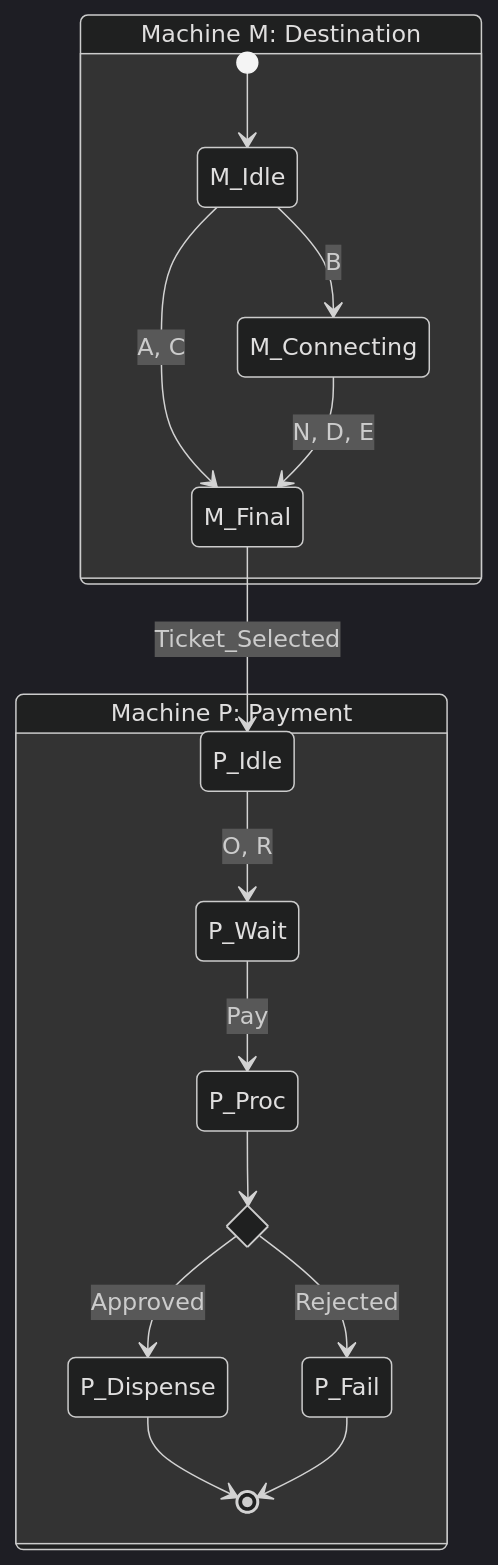
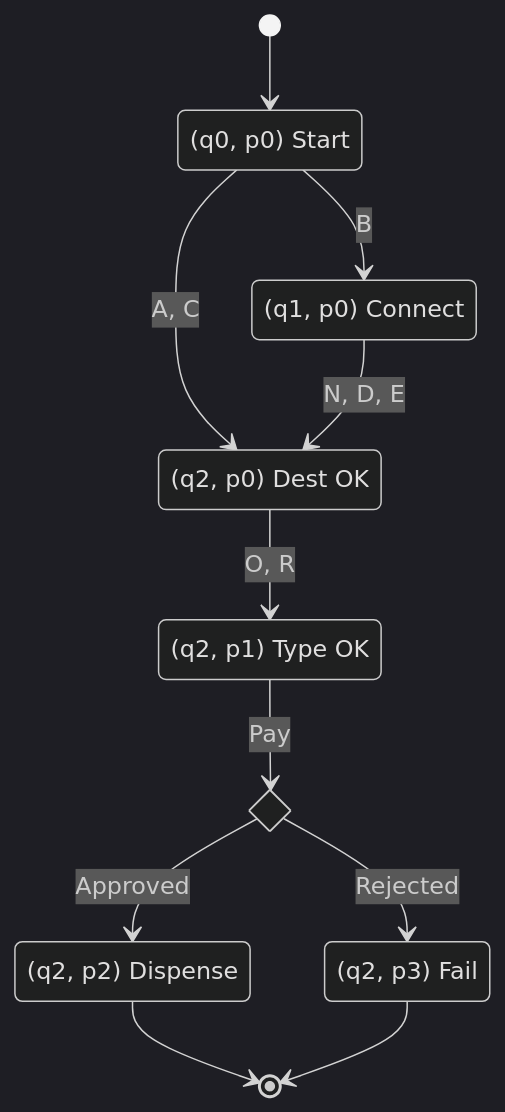
Before and after one commit to ziaur390/finite_state_machine: the third of 3 diagrams in README.md, drawn with Mermaid (dark theme). The commit also changed other lines of this file, not shown here.

````diff
--- a/README.md
+++ b/README.md
@@ -96,23 +113,26 @@
 ```mermaid
 stateDiagram-v2
-    state "Machine M: Destination" as M {
-        [*] --> M_Idle
-        M_Idle --> M_Final : A, C
-        M_Idle --> M_Connecting : B
-        M_Connecting --> M_Final : N, D, E
-    }
+    direction TB
+    S0 : (q0, p0) Start
+    S1 : (q1, p0) Connect
+    S2 : (q2, p0) Dest OK
+    S3 : (q2, p1) Type OK
+    S4 : (q2, p2) Dispense
+    S5 : (q2, p3) Fail
+
+    [*] --> S0
+    S0 --> S2 : A, C
+    S0 --> S1 : B
+    S1 --> S2 : N, D, E
     
-    state "Machine P: Payment" as P {
-        P_Idle --> P_Wait : O, R
-        P_Wait --> P_Proc : Pay
-        state P_Choice <<choice>>
-        P_Proc --> P_Choice
-        P_Choice --> P_Dispense : Approved
-        P_Choice --> P_Fail : Rejected
-        P_Dispense --> [*]
-        P_Fail --> [*]
-    }
-
-    %% Transition connecting the two machines
-    M_Final --> P_Idle : Ticket_Selected
+    %% Handover: Now inputs for P are valid
+    S2 --> S3 : O, R
+    
+    state check <<choice>>
+    S3 --> check : Pay
+    check --> S4 : Approved
+    check --> S5 : Rejected
+    
+    S4 --> [*]
+    S5 --> [*]
 ```
````
